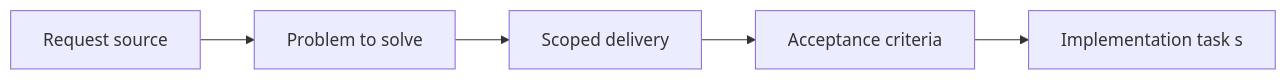
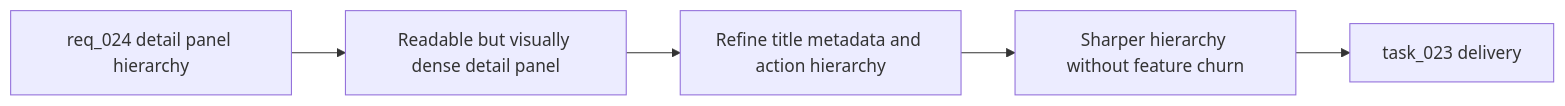
Before and after one commit to AlexAgo83/logics-manager: the diagram in logics/backlog/item_029_refine_plugin_detail_panel_identity_and_action_hierarchy.md, drawn with Mermaid. The commit also changed other lines of this file and 48 other files, not shown here.

````diff
--- a/logics/backlog/item_029_refine_plugin_detail_panel_identity_and_action_hierarchy.md
+++ b/logics/backlog/item_029_refine_plugin_detail_panel_identity_and_action_hierarchy.md
@@ -18,8 +27,8 @@
 ```mermaid
-%% logics-signature: backlog|refine-plugin-detail-panel-identity-and-|req-024-refine-plugin-detail-panel-ident|describe-the-problem-and-user-impact|ac1-define-an-objective-acceptance-check
+%% logics-signature: backlog|refine-plugin-detail-panel-identity-and-|req-024-refine-plugin-detail-panel-ident|the-detail-panel-worked-functionally-but|ac1-the-detail-panel-title-area
 flowchart LR
-    Req[Request source] --> Problem[Problem to solve]
-    Problem --> Scope[Scoped delivery]
-    Scope --> AC[Acceptance criteria]
-    AC --> Tasks[Implementation task s]
+    Req[req_024 detail panel hierarchy] --> Problem[Readable but visually dense detail panel]
+    Problem --> Scope[Refine title metadata and action hierarchy]
+    Scope --> AC[Sharper hierarchy without feature churn]
+    AC --> Tasks[task_023 delivery]
 ```
````
